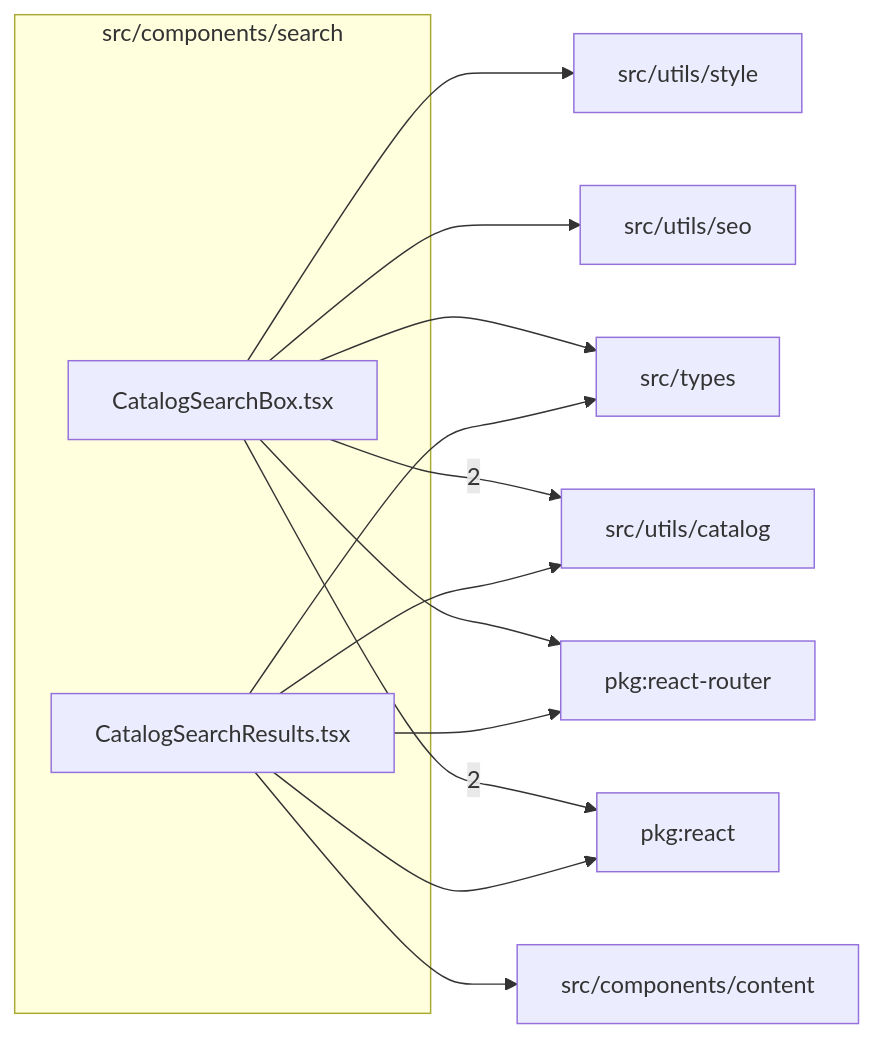
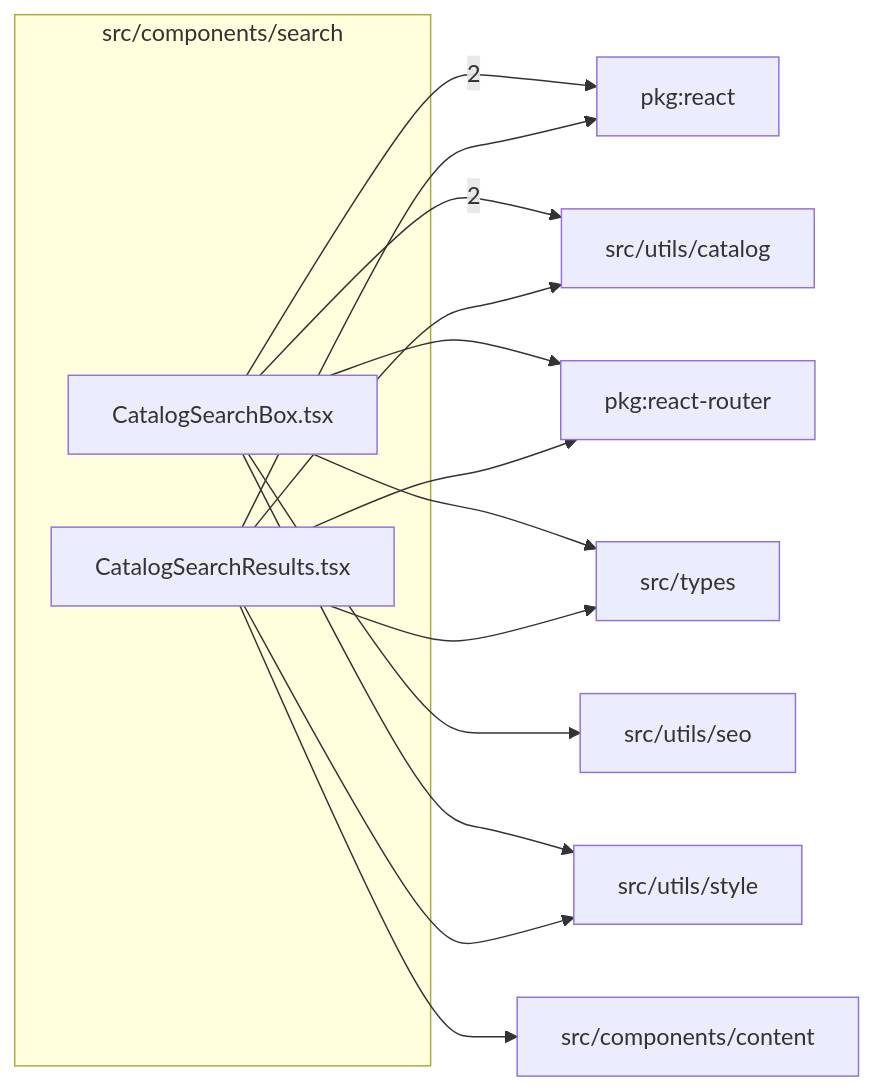
Before and after one commit to ronbuening/LensVisualizer: the diagram in src/components/search/readme.md, drawn with Mermaid. The commit also changed other lines of this file and 9 other files, not shown here.

````diff
--- a/src/components/search/readme.md
+++ b/src/components/search/readme.md
@@ -9,25 +9,26 @@
 ```mermaid
 flowchart LR
   subgraph n_src_components_search["src/components/search"]
     n_src_components_search_src_components_search_CatalogSearchBox_tsx["CatalogSearchBox.tsx"]
     n_src_components_search_src_components_search_CatalogSearchResults_tsx["CatalogSearchResults.tsx"]
   end
   n_external_pkg_react["pkg:react"]
   n_external_src_utils_catalog["src/utils/catalog"]
   n_external_pkg_react_router["pkg:react-router"]
   n_external_src_components_content["src/components/content"]
   n_external_src_types["src/types"]
   n_external_src_utils_seo["src/utils/seo"]
   n_external_src_utils_style["src/utils/style"]
   n_src_components_search_src_components_search_CatalogSearchBox_tsx --> |2| n_external_pkg_react
   n_src_components_search_src_components_search_CatalogSearchBox_tsx --> |2| n_external_src_utils_catalog
   n_src_components_search_src_components_search_CatalogSearchResults_tsx --> n_external_pkg_react
   n_src_components_search_src_components_search_CatalogSearchBox_tsx --> n_external_pkg_react_router
   n_src_components_search_src_components_search_CatalogSearchResults_tsx --> n_external_pkg_react_router
   n_src_components_search_src_components_search_CatalogSearchResults_tsx --> n_external_src_components_content
   n_src_components_search_src_components_search_CatalogSearchBox_tsx --> n_external_src_types
   n_src_components_search_src_components_search_CatalogSearchResults_tsx --> n_external_src_types
   n_src_components_search_src_components_search_CatalogSearchResults_tsx --> n_external_src_utils_catalog
   n_src_components_search_src_components_search_CatalogSearchBox_tsx --> n_external_src_utils_seo
   n_src_components_search_src_components_search_CatalogSearchBox_tsx --> n_external_src_utils_style
+  n_src_components_search_src_components_search_CatalogSearchResults_tsx --> n_external_src_utils_style
 ```
````
